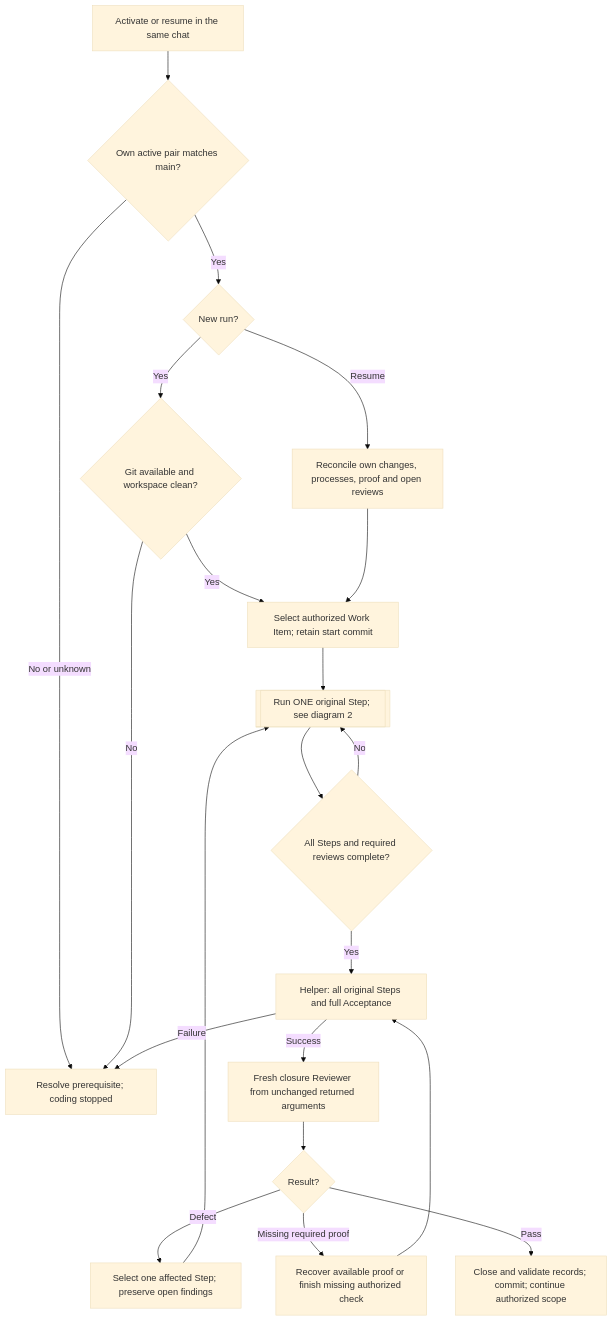
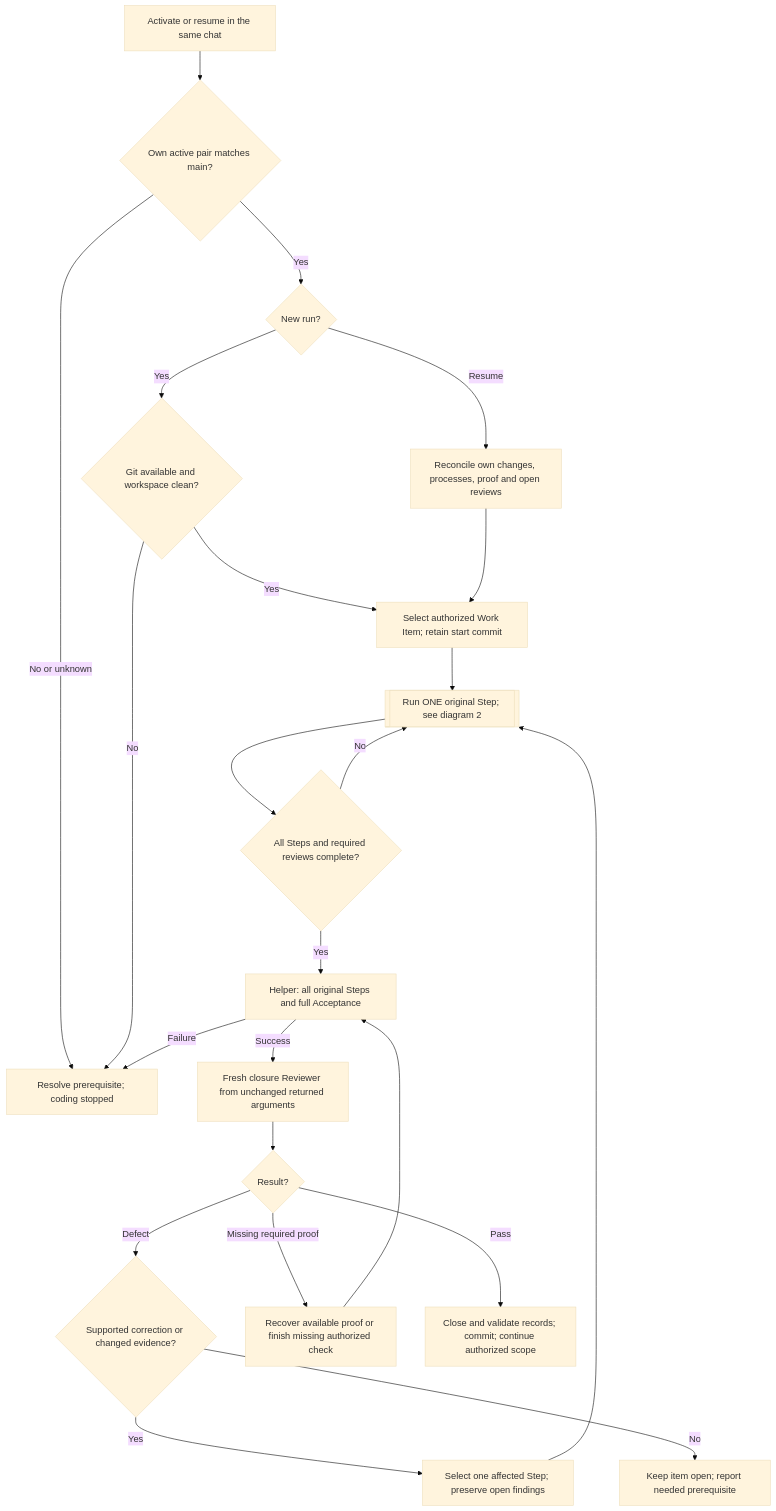
The first of 4 diagrams in README.md (benjaminstelzer/scoville-suite-for-codex-mainloop), drawn with Mermaid (base theme) before and after one commit. The commit also changed other lines of this file and 128 other files, not shown here.

````diff
--- a/README.md
+++ b/README.md
@@ -56,23 +56,25 @@
 ```mermaid
 flowchart TD
   A["Activate or resume in the same chat"] --> M{"Own active pair matches main?"}
   M -->|No or unknown| B["Resolve prerequisite; coding stopped"]
   M -->|Yes| N{"New run?"}
   N -->|Yes| G{"Git available and workspace clean?"}
   G -->|No| B
   G -->|Yes| W["Select authorized Work Item; retain start commit"]
   N -->|Resume| R["Reconcile own changes, processes, proof and open reviews"]
   R --> W
   W --> S[["Run ONE original Step; see diagram 2"]]
   S --> D{"All Steps and required reviews complete?"}
   D -->|No| S
   D -->|Yes| C["Helper: all original Steps and full Acceptance"]
   C -->|Success| CR["Fresh closure Reviewer from unchanged returned arguments"]
   C -->|Failure| B
   CR --> V{"Result?"}
-  V -->|Defect| F["Select one affected Step; preserve open findings"]
+  V -->|Defect| nextCorrection{"Supported correction or changed evidence?"}
+  nextCorrection -->|Yes| F["Select one affected Step; preserve open findings"]
+  nextCorrection -->|No| O["Keep item open; report needed prerequisite"]
   F --> S
   V -->|Missing required proof| P["Recover available proof or finish missing authorized check"]
   P --> C
   V -->|Pass| E["Close and validate records; commit; continue authorized scope"]
 ```
````
